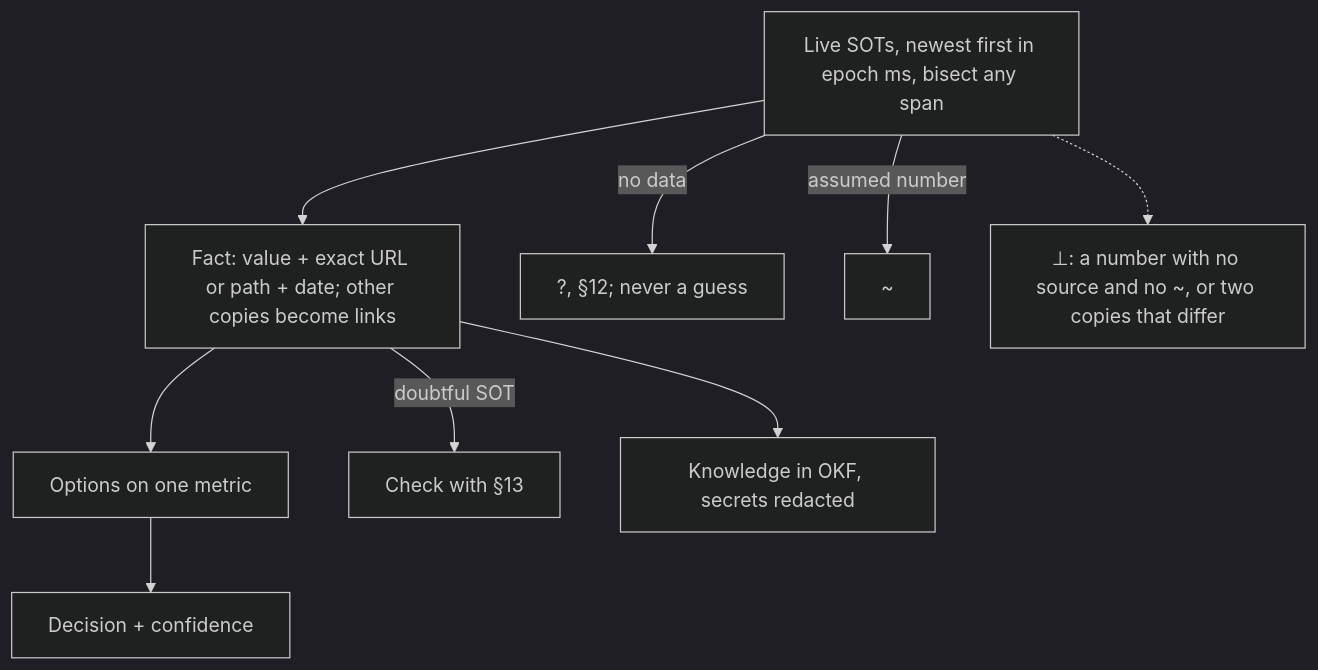
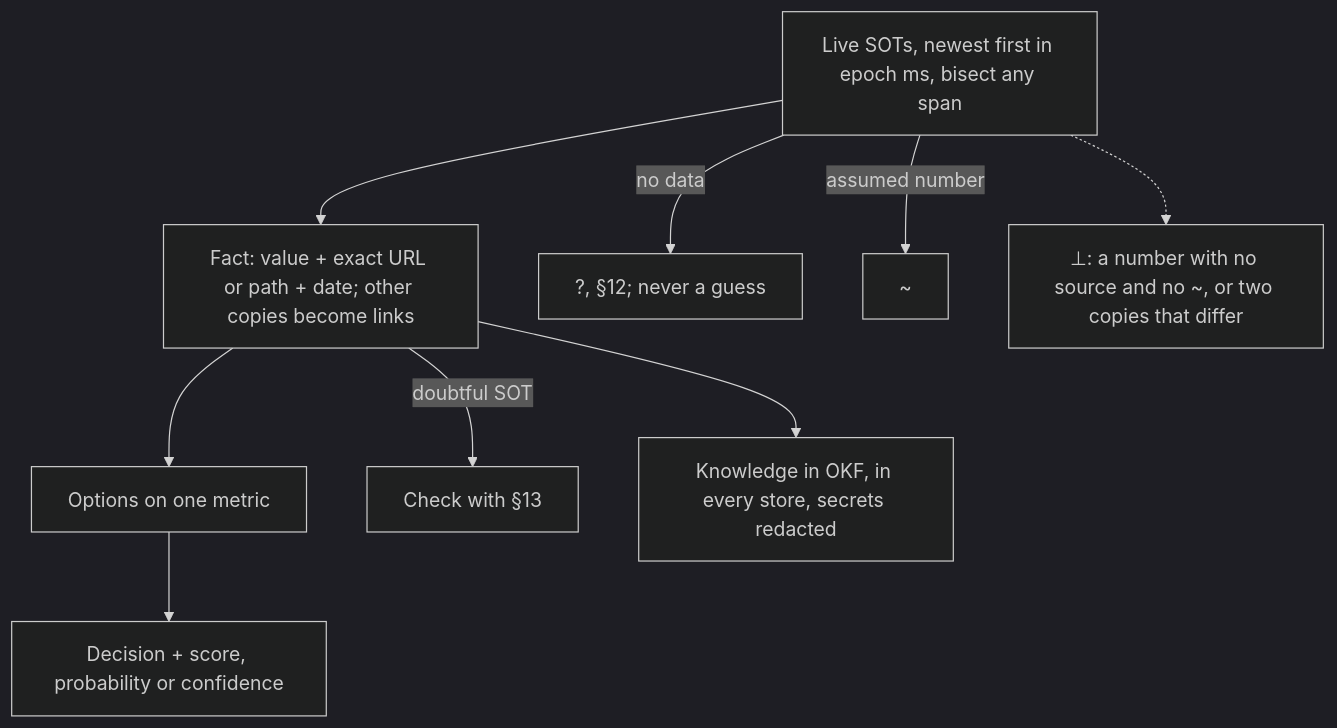
The sixth of 14 diagrams in AGENTS.md (SolenixAI/arbiter), drawn with Mermaid (dark theme) before and after one commit. The commit also changed other lines of this file and 1 other file, not shown here.

First line of the commit message:
fix(agents): restore every rule the token pass dropped; one form never drifts

````diff
--- a/AGENTS.md
+++ b/AGENTS.md
@@ -221,10 +222,10 @@
 ```mermaid
 flowchart TD
   D["Live SOTs, newest first in epoch ms, bisect any span"] --> E["Fact: value + exact URL or path + date; other copies become links"]
-  E --> O[Options on one metric] --> C[Decision + confidence]
+  E --> O[Options on one metric] --> C[Decision + score, probability or confidence]
   D -->|no data| U["?, §12; never a guess"]
   D -->|assumed number| U2["~"]
   E -->|doubtful SOT| S13[Check with §13]
-  E --> K["Knowledge in OKF, secrets redacted"]
+  E --> K["Knowledge in OKF, in every store, secrets redacted"]
   D -.-> BOT["⊥: a number with no source and no ~, or two copies that differ"]
 ```
````
